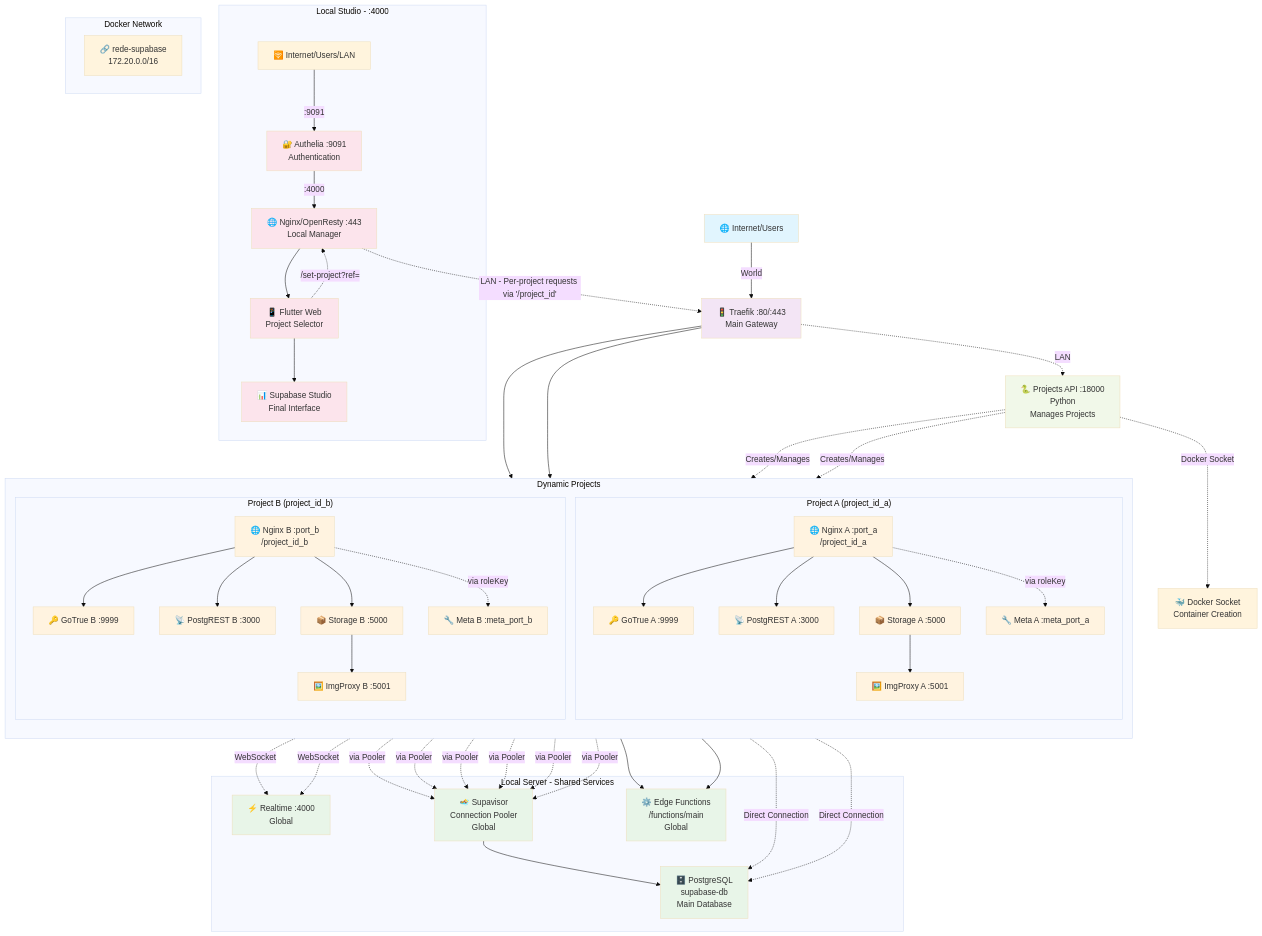
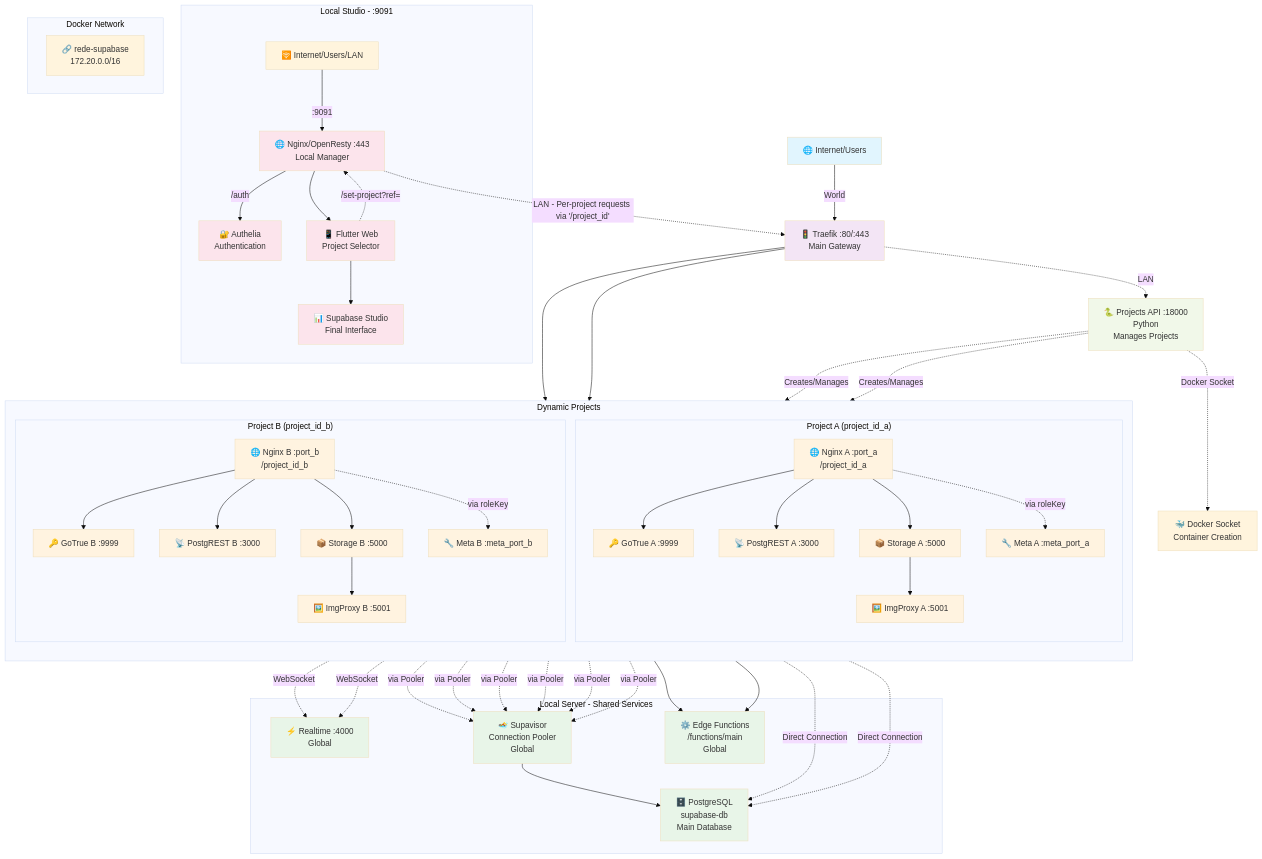
Before and after one commit to GustavoMartins123/supabase-multitenant: the diagram in README.md, drawn with Mermaid (base theme). The commit also changed other lines of this file and 15 other files, not shown here.

First line of the commit message:
feat(studio,docs): Consolidate Studio to single port 9091 with integrated Authelia

````diff
--- a/README.md
+++ b/README.md
@@ -39,7 +39,7 @@
 ```mermaid
 flowchart TB
- subgraph subGraph0["Local Studio - :4000"]
-        Authelia["🔐 Authelia :9091\nAuthentication"]
+ subgraph subGraph0["Local Studio - :9091"]
+        Authelia["🔐 Authelia\nAuthentication"]
         Lan["🛜 Internet/Users/LAN"]
         Nginx["🌐 Nginx/OpenResty :443\nLocal Manager"]
         Flutter["📱 Flutter Web\nProject Selector"]
@@ -76,8 +76,8 @@
         Network["🔗 rede-supabase\n172.20.0.0/16"]
   end
     World["🌐 Internet/Users"] -- World --> Traefik["🚦 Traefik :80/:443\nMain Gateway"]
-    Lan -- :9091 --> Authelia
-    Authelia -- :4000 --> Nginx
+    Lan -- :9091 --> Nginx
+    Nginx -- "/auth" --> Authelia
     Nginx --> Flutter
     Flutter --> Studio
     Nginx -. "LAN - Per-project requests via '/project_id'" .-> Traefik
````
